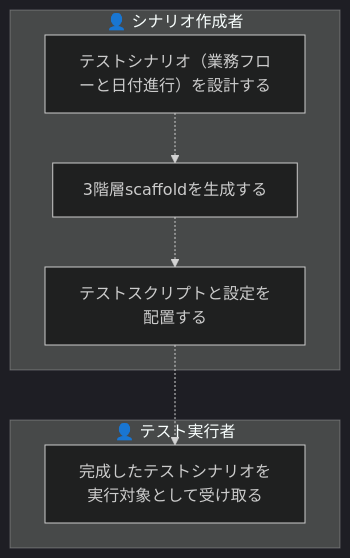
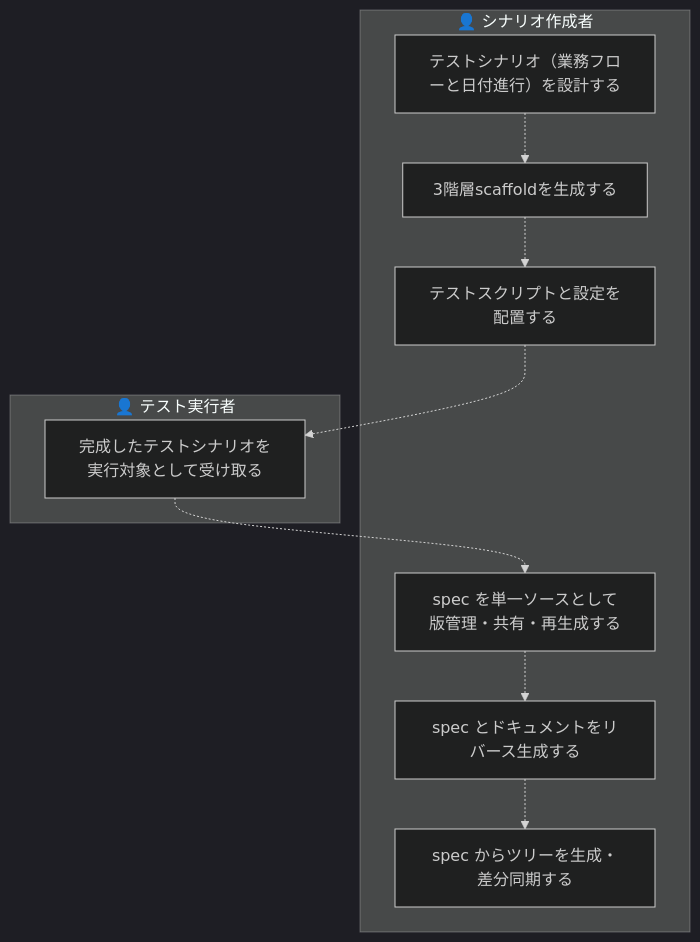
Before and after one commit to scenario-test-framework/stfw: the fourth of 8 diagrams in docs/rdra/latest/views/03_業務フロー.md, drawn with Mermaid (dark theme). The commit also changed other lines of this file and 24 other files, not shown here.

````diff
--- a/docs/rdra/latest/views/03_業務フロー.md
+++ b/docs/rdra/latest/views/03_業務フロー.md
@@ -95,14 +95,20 @@
 ```mermaid
 graph TD
   subgraph LN1["👤 シナリオ作成者"]
     AT1["テストシナリオ（業務フローと日付進行）を設計する"]
     AT2["3階層scaffoldを生成する"]
     AT3["テストスクリプトと設定を配置する"]
+    AT4["spec を単一ソースとして版管理・共有・再生成する"]
+    AT5["spec とドキュメントをリバース生成する"]
+    AT6["spec からツリーを生成・差分同期する"]
   end
   subgraph LN2["👤 テスト実行者"]
-    AT4["完成したテストシナリオを実行対象として受け取る"]
+    AT7["完成したテストシナリオを実行対象として受け取る"]
   end
   AT1 -.-> AT2
   AT2 -.-> AT3
-  AT3 -.-> AT4
+  AT3 -.-> AT7
+  AT7 -.-> AT4
+  AT4 -.-> AT5
+  AT5 -.-> AT6
 ```
````
